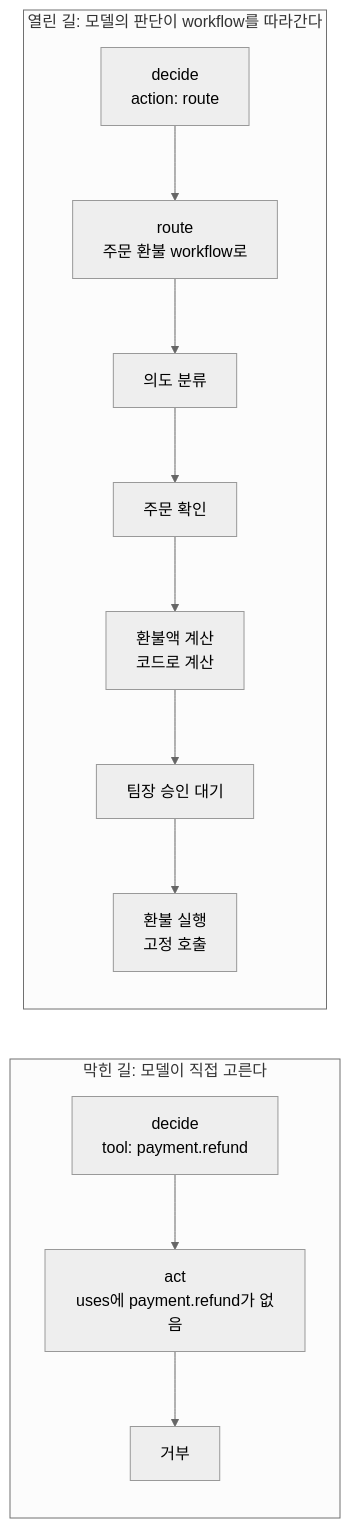
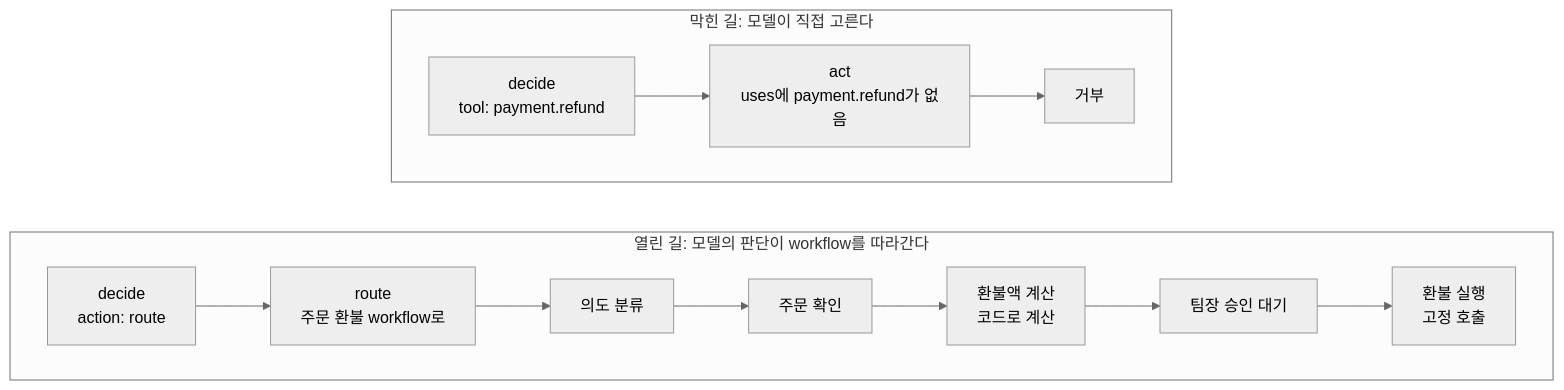
Before and after one commit to iwindfree/ai-agent-framework-architecture: diagram 21 of 30 in 00.architecture.md, drawn with Mermaid (neutral theme).

Commit message:
Lay out blocked and open paths horizontally and stack them (5.3.2)

````diff
--- a/00.architecture.md
+++ b/00.architecture.md
@@ -1819,9 +1819,12 @@
 ```mermaid
-flowchart LR
+flowchart TB
     subgraph X["막힌 길: 모델이 직접 고른다"]
+        direction LR
         A1[decide<br/>tool: payment.refund] --> A2[act<br/>uses에 payment.refund가 없음] --> A3[거부]
     end
     subgraph O["열린 길: 모델의 판단이 workflow를 따라간다"]
+        direction LR
         B1[decide<br/>action: route] --> B2[route<br/>주문 환불 workflow로] --> B7[의도 분류] --> B6[주문 확인] --> B3[환불액 계산<br/>코드로 계산] --> B4[팀장 승인 대기] --> B5[환불 실행<br/>고정 호출]
     end
+    X ~~~ O
 ```
````
